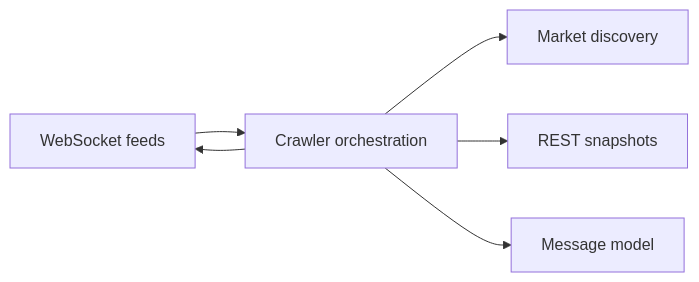
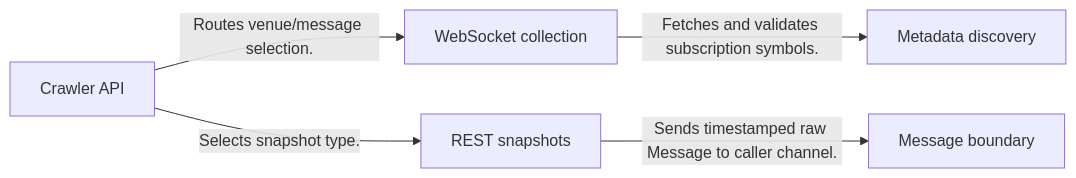
One commit to alexcwyu/crypto-crawler-rs changed the first of 4 diagrams in docs/ayu-develop.md. Above: the diagram before and after it, drawn with Mermaid. The commit also changed other lines of this file and 13 other files, not shown here.

Commit message:
docs: standardize source-reviewed system guides and offline diagrams

````diff
--- a/docs/ayu-develop.md
+++ b/docs/ayu-develop.md
@@ -33,13 +67,12 @@
 ```mermaid
 flowchart LR
-  C0["Market discovery"]
-  C1["REST snapshots"]
-  C2["WebSocket feeds"]
-  C3["Crawler orchestration"]
-  C4["Message model"]
-  C3 --> C0
-  C3 --> C1
-  C3 --> C2
-  C2 --> C3
-  C3 --> C4
+  N0["Crawler API"]
+  N1["Metadata discovery"]
+  N2["WebSocket collection"]
+  N3["REST snapshots"]
+  N4["Message boundary"]
+  N0 -->|"Routes venue/message selection."| N2
+  N2 -->|"Fetches and validates subscription symbols."| N1
+  N0 -->|"Selects snapshot type."| N3
+  N3 -->|"Sends timestamped raw Message to caller channel."| N4
 ```
````
